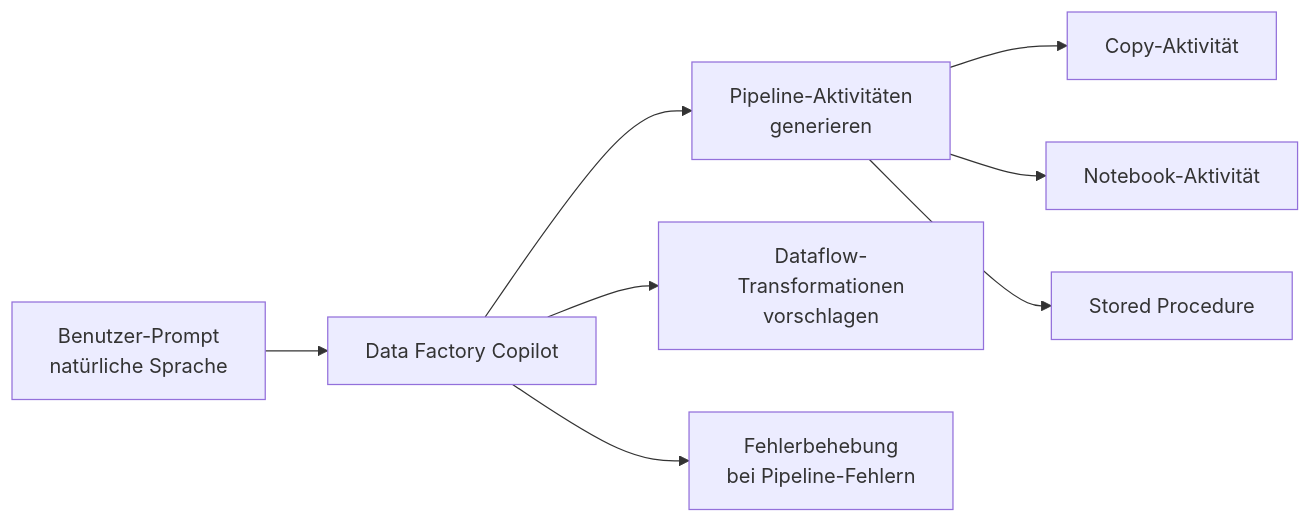
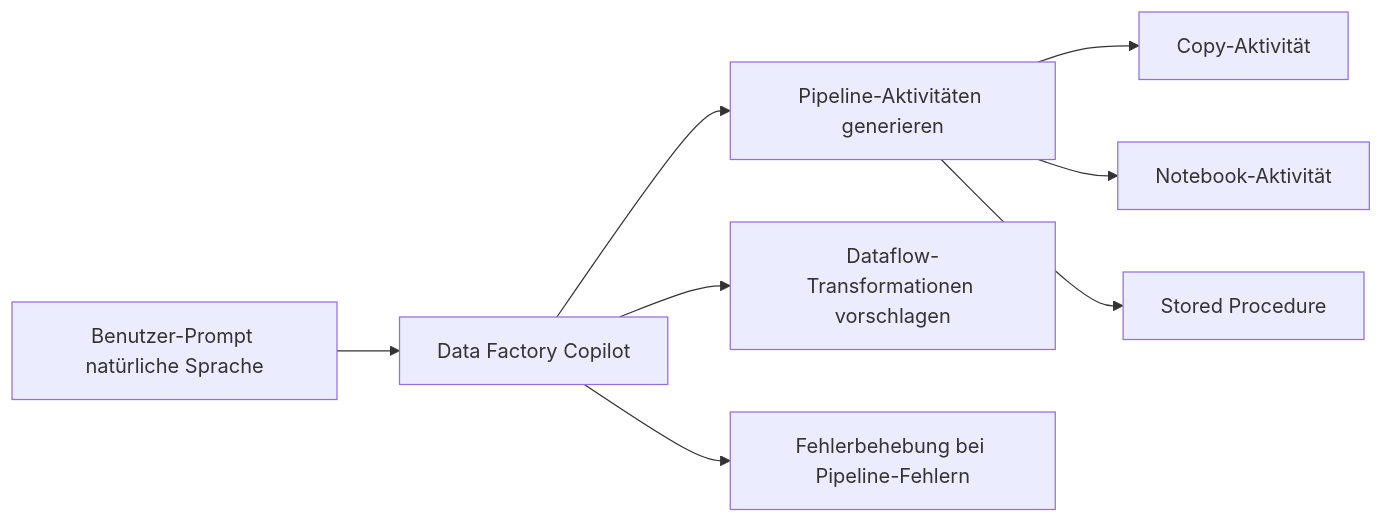
The fourth of 5 diagrams in Microsoft 365/Azure/Fabric/Fabric Copilot.md (SoniiiT/notes-n-docs), drawn with Mermaid before and after one commit. The commit also changed other lines of this file and 124 other files, not shown here.

First line of the commit message:
fix: Entferne \n aus allen Mermaid-Diagrammen (125 Dateien)

````diff
--- a/Microsoft 365/Azure/Fabric/Fabric Copilot.md
+++ b/Microsoft 365/Azure/Fabric/Fabric Copilot.md
@@ -285,10 +285,10 @@
 ```mermaid
 graph LR
-    A[Benutzer-Prompt\nnatürliche Sprache] --> B[Data Factory Copilot]
-    B --> C[Pipeline-Aktivitäten\ngenerieren]
-    B --> D[Dataflow-Transformationen\nvorschlagen]
-    B --> E[Fehlerbehebung\nbei Pipeline-Fehlern]
+    A[Benutzer-Prompt natürliche Sprache] --> B[Data Factory Copilot]
+    B --> C[Pipeline-Aktivitäten generieren]
+    B --> D[Dataflow-Transformationen vorschlagen]
+    B --> E[Fehlerbehebung bei Pipeline-Fehlern]
     C --> F[Copy-Aktivität]
     C --> G[Notebook-Aktivität]
     C --> H[Stored Procedure]
 ```
````
